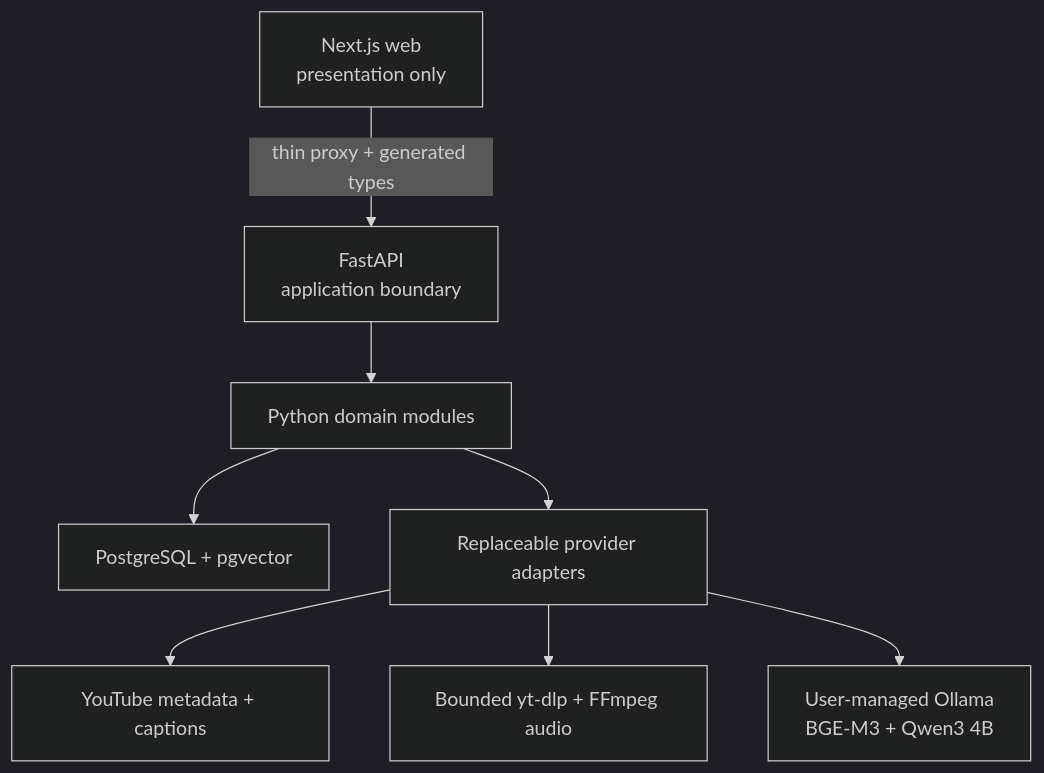
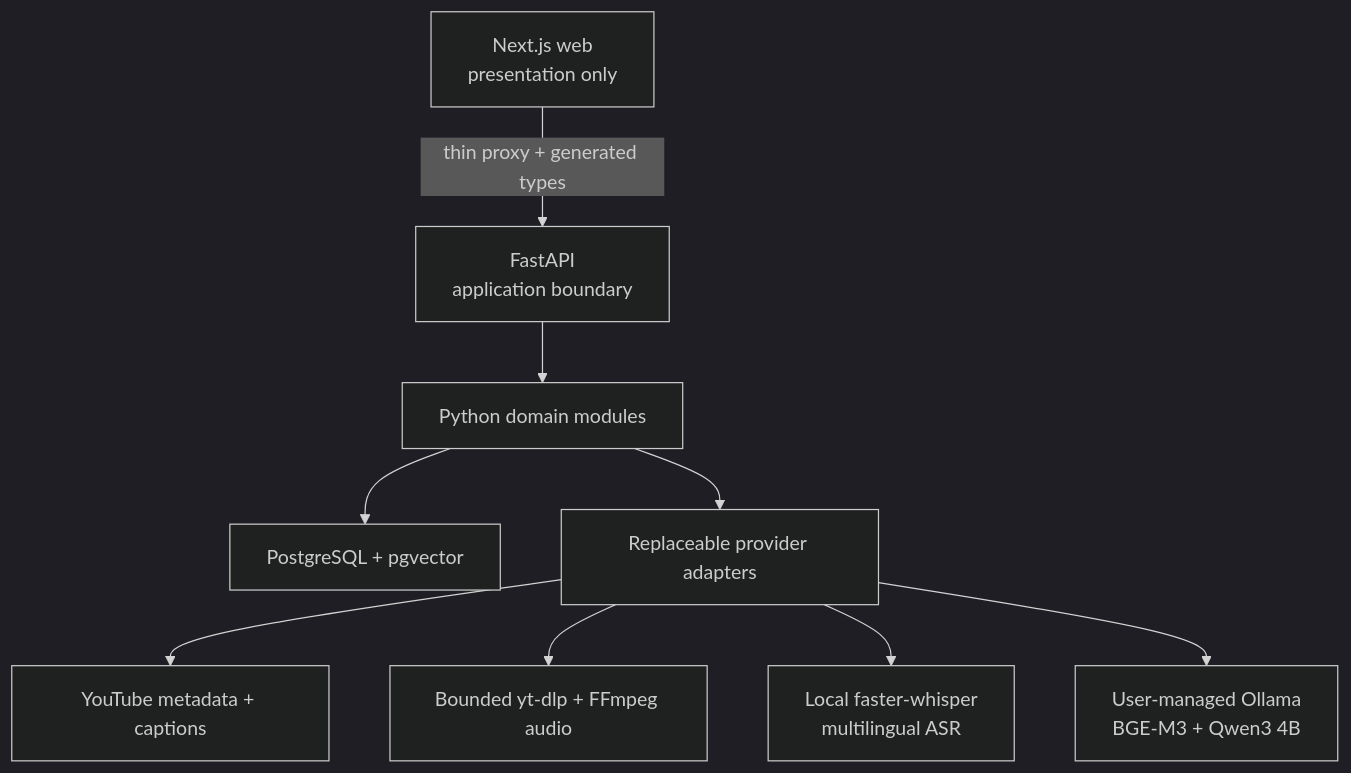
Before and after one commit to VedantPatil-99/the-galaxy-frog: the diagram in docs/architecture.md, drawn with Mermaid (dark theme). The commit also changed other lines of this file and 2 other files, not shown here.

Commit message:
docs(ingestion): close P2.7 architecture packet

````diff
--- a/docs/architecture.md
+++ b/docs/architecture.md
@@ -7,10 +7,11 @@
 ```mermaid
 flowchart TD
     UI["Next.js web<br>presentation only"] -->|"thin proxy + generated types"| API["FastAPI<br>application boundary"]
     API --> CORE["Python domain modules"]
     CORE --> DATA["PostgreSQL + pgvector"]
     CORE --> PROVIDERS["Replaceable provider adapters"]
     PROVIDERS --> YOUTUBE["YouTube metadata + captions"]
     PROVIDERS --> MEDIA["Bounded yt-dlp + FFmpeg audio"]
+    PROVIDERS --> ASR["Local faster-whisper<br>multilingual ASR"]
     PROVIDERS --> OLLAMA["User-managed Ollama<br>BGE-M3 + Qwen3 4B"]
 ```
````
